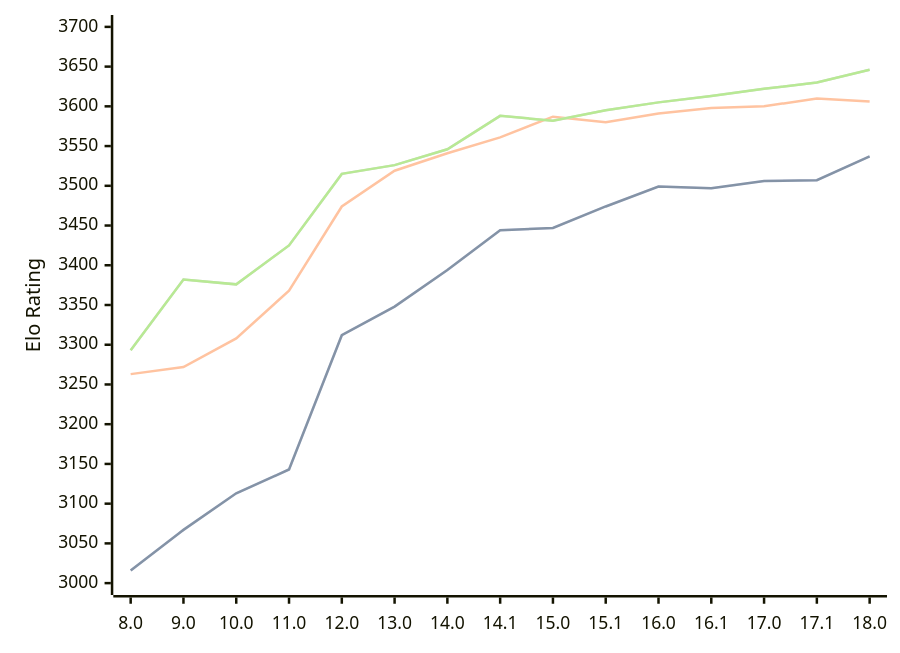
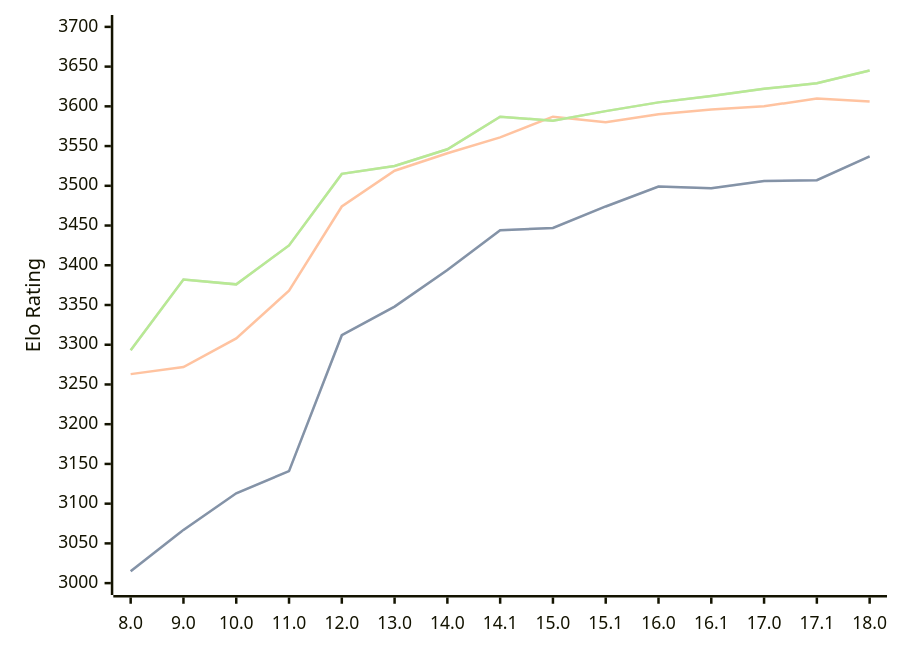
Before and after one commit to computer-chess-index/cci: the diagram in engines/Stockfish.md, drawn with Mermaid. The commit also changed other lines of this file, not shown here.

Commit message:
Update CCI Ratings (ELO VLTC) - 2026-04-08

````diff
--- a/engines/Stockfish.md
+++ b/engines/Stockfish.md
@@ -46,11 +46,11 @@
 ```mermaid
 %%{init: {"theme":"base","themeVariables":{"seriesColors:['#a3a3a3','#222221','#faa371']}}}%%
 xychart-beta
   x-axis ["8.0", "9.0", "10.0", "11.0", "12.0", "13.0", "14.0", "14.1", "15.0", "15.1", "16.0", "16.1", "17.0", "17.1", "18.0"]
   y-axis "Elo Rating" 3000 --> 3700
-  line "STC (8.0+0.08s)" [3016, 3067, 3113, 3143, 3312, 3348, 3394, 3444, 3447, 3474, 3499, 3497, 3506, 3507, 3537]
-  line "STC (8.0+0.08s)" [3016, 3067, 3113, 3143, 3312, 3348, 3394, 3444, 3447, 3474, 3499, 3497, 3506, 3507, 3537]
-  line "LTC (60.0+0.60s)" [3263, 3272, 3308, 3368, 3474, 3519, 3541, 3561, 3587, 3580, 3591, 3598, 3600, 3610, 3606]
-  line "VLTC (2m24s+1.12s)" [3293, 3382, 3376, 3425, 3515, 3526, 3546, 3588, 3582, 3595, 3605, 3613, 3622, 3630, 3646]
-  line "VLTC (2m24s+1.12s)" [3293, 3382, 3376, 3425, 3515, 3526, 3546, 3588, 3582, 3595, 3605, 3613, 3622, 3630, 3646]
+  line "STC (8.0+0.08s)" [3015, 3067, 3113, 3141, 3312, 3348, 3394, 3444, 3447, 3474, 3499, 3497, 3506, 3507, 3537]
+  line "STC (8.0+0.08s)" [3015, 3067, 3113, 3141, 3312, 3348, 3394, 3444, 3447, 3474, 3499, 3497, 3506, 3507, 3537]
+  line "LTC (60.0+0.60s)" [3263, 3272, 3308, 3368, 3474, 3519, 3541, 3561, 3587, 3580, 3590, 3596, 3600, 3610, 3606]
+  line "VLTC (2m24s+1.12s)" [3293, 3382, 3376, 3425, 3515, 3525, 3546, 3587, 3582, 3594, 3605, 3613, 3622, 3629, 3645]
+  line "VLTC (2m24s+1.12s)" [3293, 3382, 3376, 3425, 3515, 3525, 3546, 3587, 3582, 3594, 3605, 3613, 3622, 3629, 3645]
 ```
````
